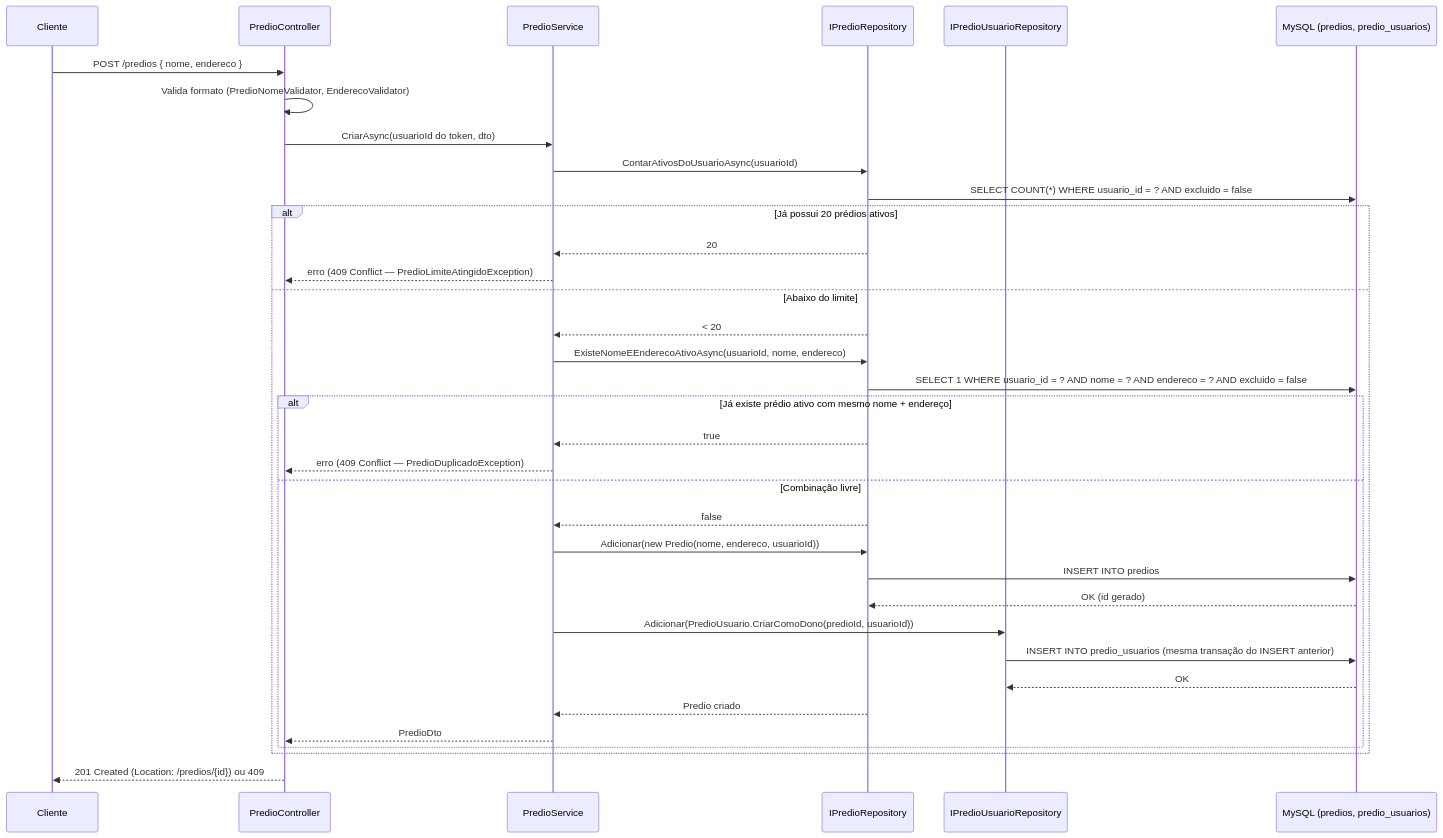
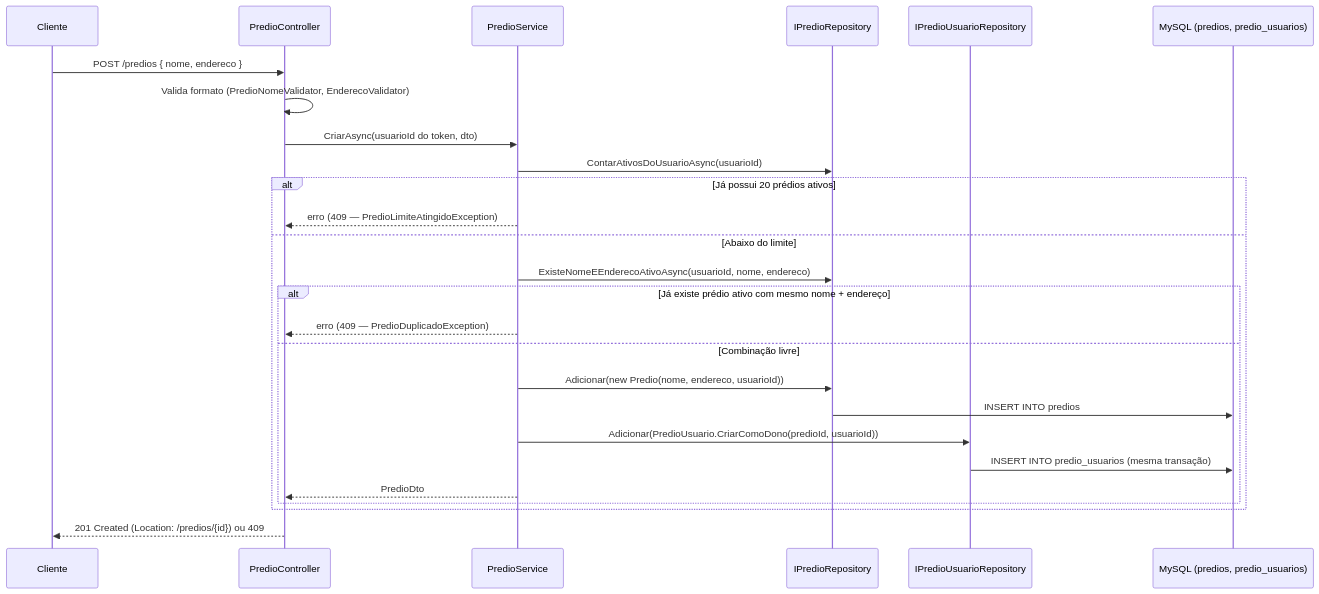
One commit to pdrollucas/euSindico changed the first of 2 diagrams in backend/documentation/PREDIOS.md. Above: the diagram before and after it, drawn with Mermaid. The commit also changed other lines of this file and 11 other files, not shown here.

````diff
--- a/backend/documentation/PREDIOS.md
+++ b/backend/documentation/PREDIOS.md
@@ -109,38 +104,29 @@
 ```mermaid
 sequenceDiagram
     participant C as Cliente
     participant A as PredioController
     participant S as PredioService
     participant R as IPredioRepository
     participant PU as IPredioUsuarioRepository
     participant DB as MySQL (predios, predio_usuarios)
 
     C->>A: POST /predios { nome, endereco }
     A->>A: Valida formato (PredioNomeValidator, EnderecoValidator)
     A->>S: CriarAsync(usuarioId do token, dto)
     S->>R: ContarAtivosDoUsuarioAsync(usuarioId)
-    R->>DB: SELECT COUNT(*) WHERE usuario_id = ? AND excluido = false
     alt Já possui 20 prédios ativos
-        R-->>S: 20
-        S-->>A: erro (409 Conflict — PredioLimiteAtingidoException)
+        S-->>A: erro (409 — PredioLimiteAtingidoException)
     else Abaixo do limite
-        R-->>S: < 20
         S->>R: ExisteNomeEEnderecoAtivoAsync(usuarioId, nome, endereco)
-        R->>DB: SELECT 1 WHERE usuario_id = ? AND nome = ? AND endereco = ? AND excluido = false
         alt Já existe prédio ativo com mesmo nome + endereço
-            R-->>S: true
-            S-->>A: erro (409 Conflict — PredioDuplicadoException)
+            S-->>A: erro (409 — PredioDuplicadoException)
         else Combinação livre
-            R-->>S: false
             S->>R: Adicionar(new Predio(nome, endereco, usuarioId))
             R->>DB: INSERT INTO predios
-            DB-->>R: OK (id gerado)
             S->>PU: Adicionar(PredioUsuario.CriarComoDono(predioId, usuarioId))
-            PU->>DB: INSERT INTO predio_usuarios (mesma transação do INSERT anterior)
-            DB-->>PU: OK
-            R-->>S: Predio criado
+            PU->>DB: INSERT INTO predio_usuarios (mesma transação)
             S-->>A: PredioDto
         end
     end
     A-->>C: 201 Created (Location: /predios/{id}) ou 409
 ```
````
